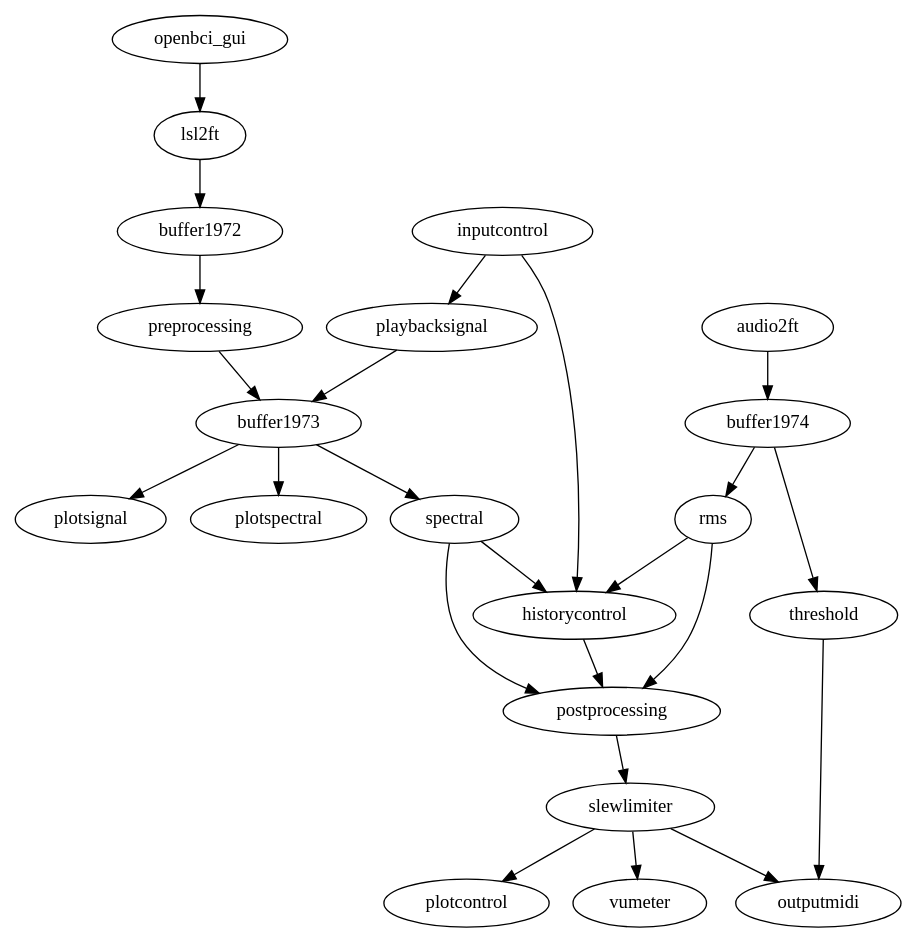
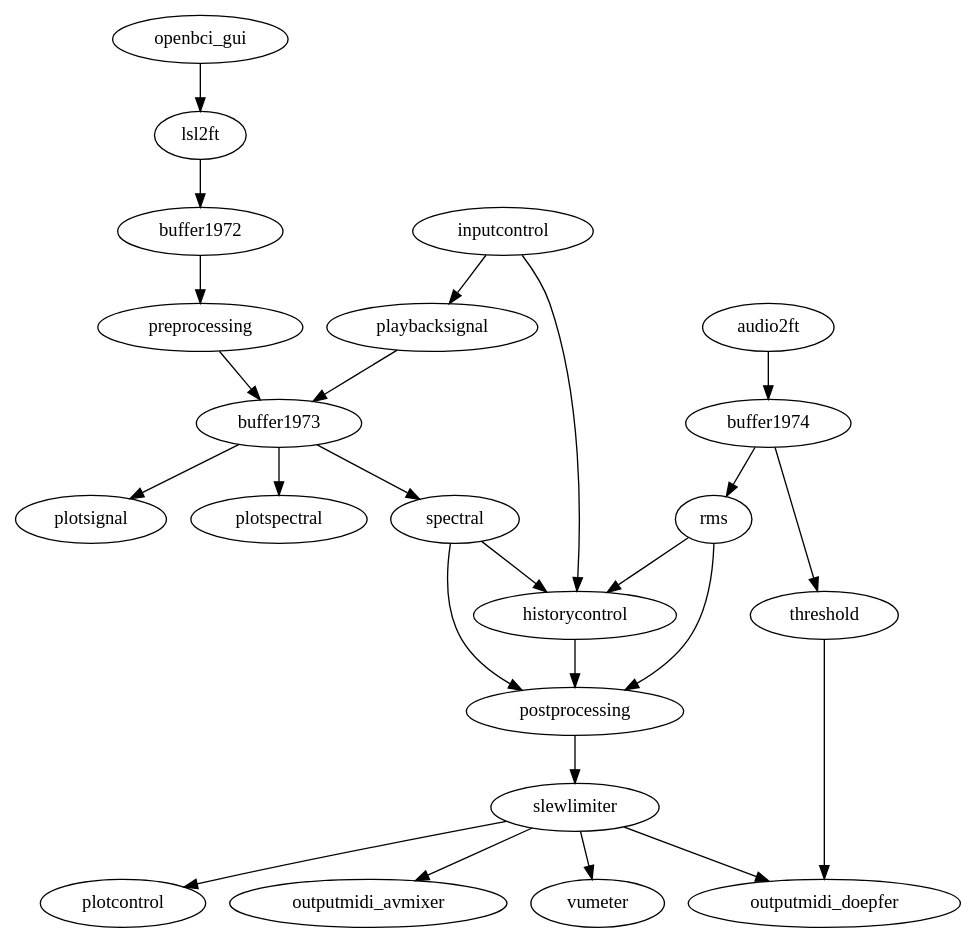
The diagram in patches/andouillette/patch.dot (eegsynth/eegsynth), drawn with Graphviz before and after one commit.

Commit message:
updated schematic of the patch

```diff
--- a/patches/andouillette/patch.dot
+++ b/patches/andouillette/patch.dot
@@ -1,32 +1,33 @@
 # To convert this into a bitmap representation, do this
 #   dot -Tpng -o patch.png patch.dot
 #
 digraph {
   openbci_gui -> lsl2ft -> buffer1972 -> preprocessing -> buffer1973;
   playbacksignal -> buffer1973;
 
   inputcontrol -> historycontrol;
   inputcontrol -> playbacksignal;
 #  inputcontrol -> slewlimiter;
 
   buffer1973 -> plotsignal;
   buffer1973 -> plotspectral;
   buffer1973 -> spectral;
 
   audio2ft -> buffer1974;
   buffer1974 -> threshold;
   buffer1974 -> rms;
 
   spectral -> postprocessing;
   spectral -> historycontrol;
 
   rms -> postprocessing;
   rms -> historycontrol;
 
   historycontrol -> postprocessing -> slewlimiter;
 
   slewlimiter -> vumeter;
   slewlimiter -> plotcontrol;
-  slewlimiter -> outputmidi;
-  threshold -> outputmidi;
+  slewlimiter -> outputmidi_avmixer;
+  slewlimiter -> outputmidi_doepfer;
+  threshold -> outputmidi_doepfer;
 }
```
